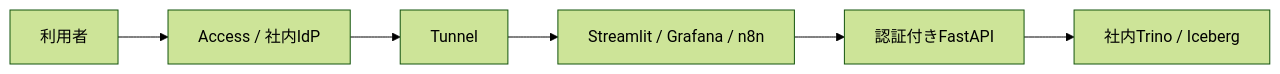
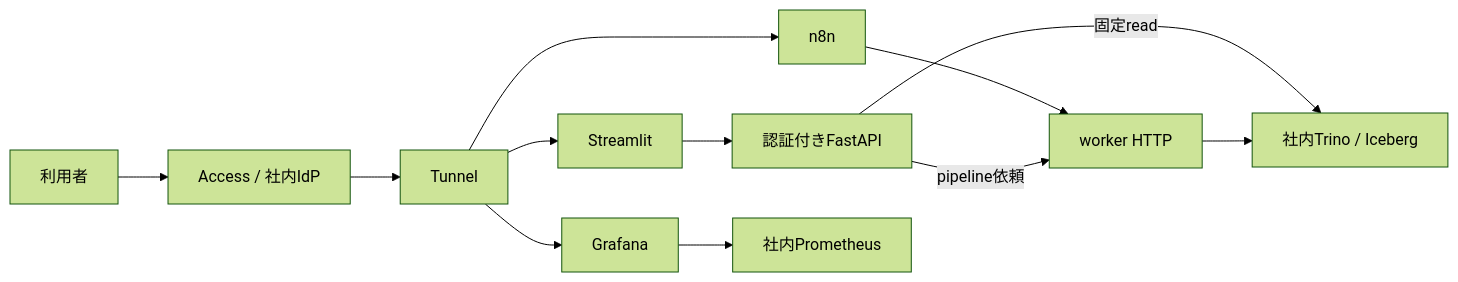
The diagram in docs/CLOUDFLARE.md (hiromura16/lakehouse-foundation), drawn with Mermaid (forest theme) before and after one commit. The commit also changed other lines of this file and 76 other files, not shown here.

````diff
--- a/docs/CLOUDFLARE.md
+++ b/docs/CLOUDFLARE.md
@@ -31,8 +45,14 @@
 ```mermaid
 flowchart LR
   USER[利用者] --> ACCESS[Access / 社内IdP]
   ACCESS --> TUNNEL[Tunnel]
-  TUNNEL --> UI[Streamlit / Grafana / n8n]
-  UI --> API[認証付きFastAPI]
-  API --> LOCAL[社内Trino / Iceberg]
+  TUNNEL --> STREAM[Streamlit]
+  TUNNEL --> GRAFANA[Grafana]
+  TUNNEL --> N8N[n8n]
+  STREAM --> API[認証付きFastAPI]
+  N8N --> WORKER[worker HTTP]
+  GRAFANA --> PROM[社内Prometheus]
+  API -->|pipeline依頼| WORKER
+  API -->|固定read| LOCAL[社内Trino / Iceberg]
+  WORKER --> LOCAL
 ```
````
